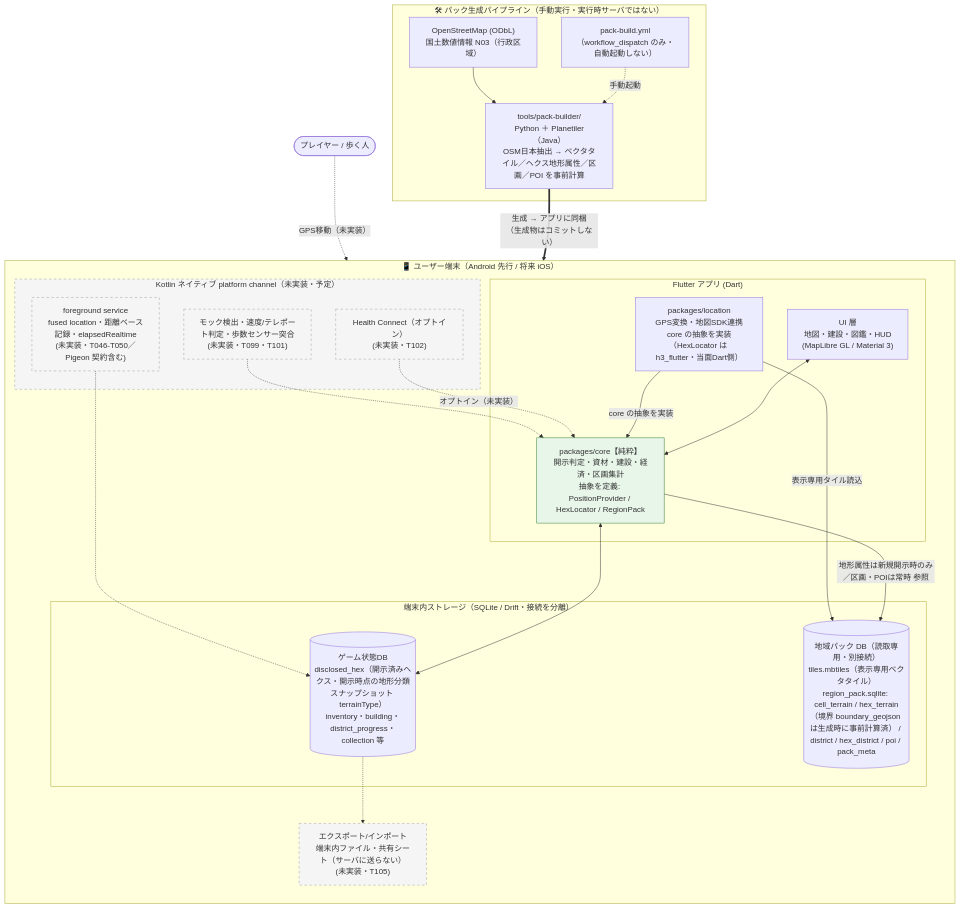
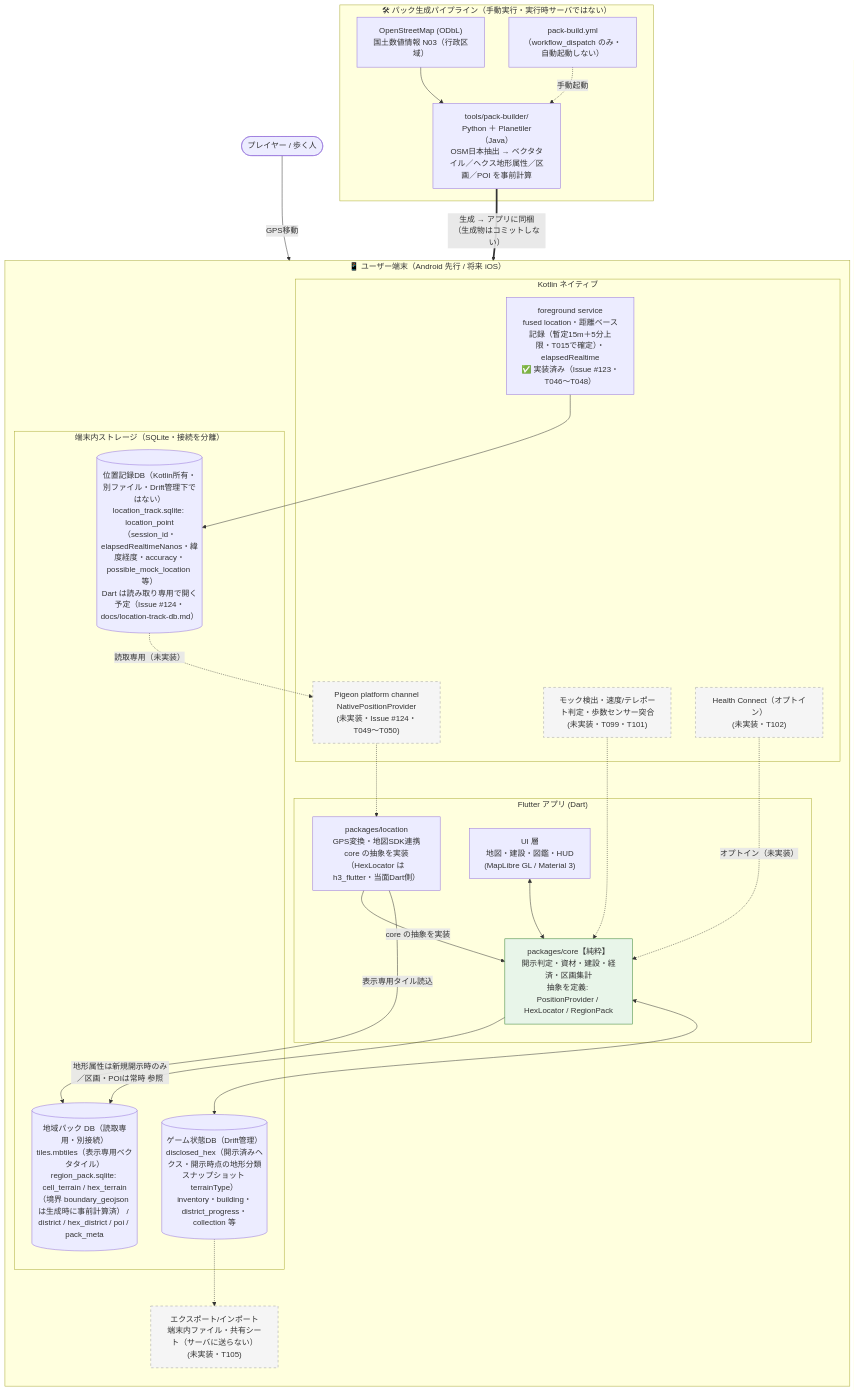
The first of 3 diagrams in docs/architecture.md (rokusoudo-product/terra-town), drawn with Mermaid before and after one commit. The commit also changed other lines of this file and 10 other files, not shown here.

First line of the commit message:
feat(android): Kotlin foreground serviceで位置を記録し専用の保存先へ書き込む (T046-T048) (#128)

````diff
--- a/docs/architecture.md
+++ b/docs/architecture.md
@@ -10,49 +11,53 @@
 ```mermaid
 flowchart TB
     user([プレイヤー / 歩く人])
 
     subgraph device["📱 ユーザー端末（Android 先行 / 将来 iOS）"]
         direction TB
         subgraph flutter["Flutter アプリ (Dart)"]
             ui["UI 層<br/>地図・建設・図鑑・HUD<br/>(MapLibre GL / Material 3)"]
             core["packages/core【純粋】<br/>開示判定・資材・建設・経済・区画集計<br/>抽象を定義: PositionProvider / HexLocator / RegionPack"]
             loc["packages/location<br/>GPS変換・地図SDK連携<br/>core の抽象を実装（HexLocator は h3_flutter・当面Dart側）"]
         end
-        subgraph native["Kotlin ネイティブ platform channel（未実装・予定）"]
-            fg["foreground service<br/>fused location・距離ベース記録・elapsedRealtime<br/>(未実装・T046-T050／Pigeon 契約含む)"]
+        subgraph native["Kotlin ネイティブ"]
+            fg["foreground service<br/>fused location・距離ベース記録（暫定15m＋5分上限・T015で確定）・elapsedRealtime<br/>✅ 実装済み（Issue #123・T046〜T048）"]
+            pigeon["Pigeon platform channel<br/>NativePositionProvider<br/>(未実装・Issue #124・T049〜T050)"]
             anti["モック検出・速度/テレポート判定・歩数センサー突合<br/>(未実装・T099・T101)"]
             health["Health Connect（オプトイン）<br/>(未実装・T102)"]
         end
-        subgraph store["端末内ストレージ（SQLite / Drift・接続を分離）"]
-            gamedb[("ゲーム状態DB<br/>disclosed_hex（開示済みヘクス・開示時点の地形分類スナップショット terrainType）<br/>inventory・building・district_progress・collection 等")]
+        subgraph store["端末内ストレージ（SQLite・接続を分離）"]
+            gamedb[("ゲーム状態DB（Drift管理）<br/>disclosed_hex（開示済みヘクス・開示時点の地形分類スナップショット terrainType）<br/>inventory・building・district_progress・collection 等")]
+            trackdb[("位置記録DB（Kotlin所有・別ファイル・Drift管理下ではない）<br/>location_track.sqlite: location_point（session_id・elapsedRealtimeNanos・緯度経度・accuracy・possible_mock_location 等）<br/>Dart は読み取り専用で開く予定（Issue #124・docs/location-track-db.md）")]
             pack[("地域パック DB（読取専用・別接続）<br/>tiles.mbtiles（表示専用ベクタタイル）<br/>region_pack.sqlite: cell_terrain / hex_terrain（境界 boundary_geojson は生成時に事前計算済） / district / hex_district / poi / pack_meta")]
         end
         exp["エクスポート/インポート<br/>端末内ファイル・共有シート（サーバに送らない）<br/>(未実装・T105)"]
     end
 
-    user -.GPS移動（未実装）.-> fg
-    fg -.-> gamedb
+    user -->|GPS移動| fg
+    fg --> trackdb
+    trackdb -.読取専用（未実装）.-> pigeon
+    pigeon -.-> loc
     anti -.-> core
     health -.オプトイン（未実装）.-> core
     loc -->|core の抽象を実装| core
     ui <--> core
     loc -->|表示専用タイル読込| pack
     core -->|地形属性は新規開示時のみ／区画・POIは常時 参照| pack
     core <--> gamedb
     gamedb -.-> exp
 
     subgraph packbuild["🛠 パック生成パイプライン（手動実行・実行時サーバではない）"]
         planetiler["tools/pack-builder/<br/>Python ＋ Planetiler（Java）<br/>OSM日本抽出 → ベクタタイル／ヘクス地形属性／区画／POI を事前計算"]
         osm["OpenStreetMap (ODbL)<br/>国土数値情報 N03（行政区域）"]
         ghaction["pack-build.yml<br/>（workflow_dispatch のみ・自動起動しない）"]
     end
 
     osm --> planetiler
     ghaction -.手動起動.-> planetiler
     planetiler ==>|生成 → アプリに同梱<br/>（生成物はコミットしない）| pack
 
     classDef pure fill:#e8f5e9,stroke:#2e7d32;
     classDef planned stroke-dasharray: 5 5,fill:#f5f5f5,stroke:#9e9e9e;
     class core pure
-    class native,fg,anti,health,exp planned
+    class pigeon,anti,health,exp planned
 ```
````
